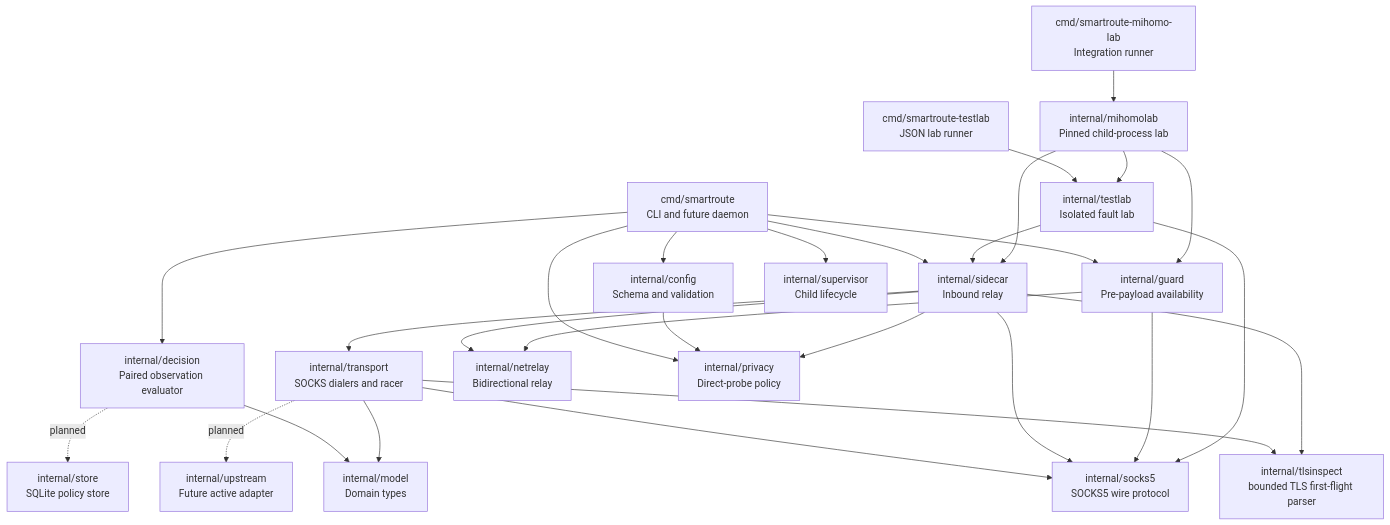
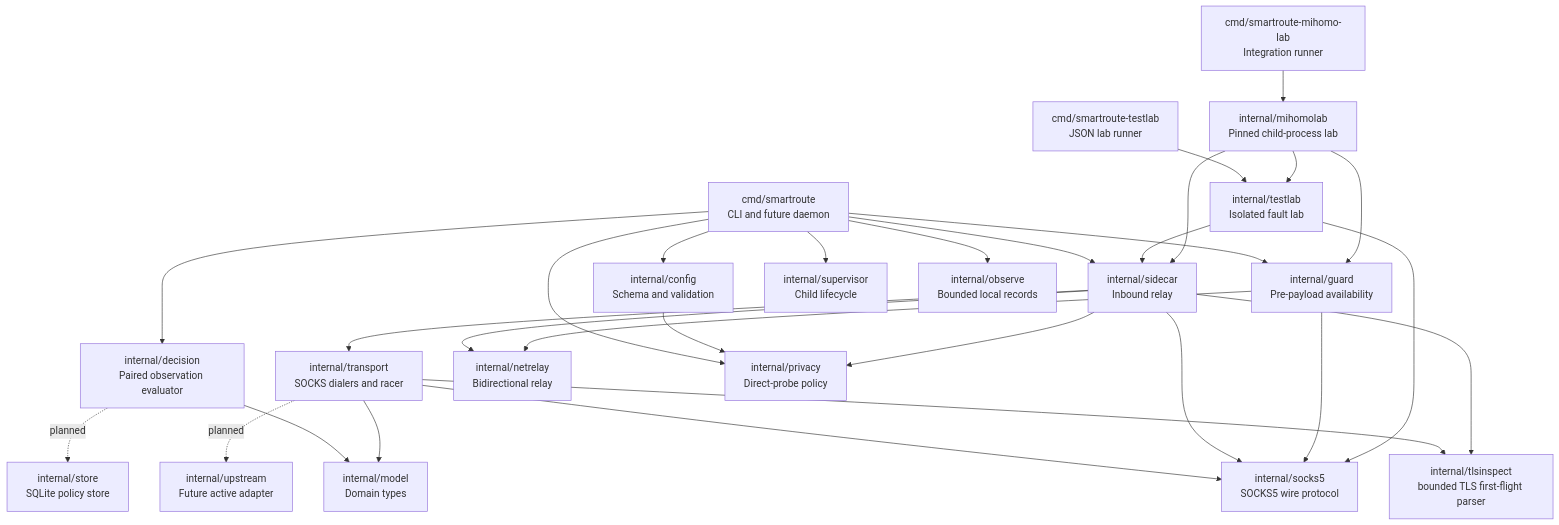
Before and after one commit to firfisa/smartroute: the diagram in docs/04-component-catalog.md, drawn with Mermaid. The commit also changed other lines of this file and 17 other files, not shown here.

Commit message:
feat(observe): add bounded local recorder

````diff
--- a/docs/04-component-catalog.md
+++ b/docs/04-component-catalog.md
@@ -10,49 +10,51 @@
 ```mermaid
 flowchart TB
     CLI["cmd/smartroute\nCLI and future daemon"]
     Config["internal/config\nSchema and validation"]
     Model["internal/model\nDomain types"]
     Decision["internal/decision\nPaired observation evaluator"]
     SOCKS["internal/socks5\nSOCKS5 wire protocol"]
     Transport["internal/transport\nSOCKS dialers and racer"]
     TLSInspect["internal/tlsinspect\nbounded TLS first-flight parser"]
     Sidecar["internal/sidecar\nInbound relay"]
     Guard["internal/guard\nPre-payload availability"]
     NetRelay["internal/netrelay\nBidirectional relay"]
     Privacy["internal/privacy\nDirect-probe policy"]
     Supervisor["internal/supervisor\nChild lifecycle"]
+    Observe["internal/observe\nBounded local records"]
     TestLab["internal/testlab\nIsolated fault lab"]
     LabCLI["cmd/smartroute-testlab\nJSON lab runner"]
     MihomoLab["internal/mihomolab\nPinned child-process lab"]
     MihomoLabCLI["cmd/smartroute-mihomo-lab\nIntegration runner"]
     Mihomo["internal/upstream\nFuture active adapter"]
     Store["internal/store\nSQLite policy store"]
 
     CLI --> Config
     CLI --> Decision
     CLI --> Sidecar
     CLI --> Guard
     CLI --> Privacy
     CLI --> Supervisor
+    CLI --> Observe
     Config --> Privacy
     Decision --> Model
     Transport --> Model
     Transport --> SOCKS
     Transport --> TLSInspect
     Sidecar --> TLSInspect
     Sidecar --> SOCKS
     Sidecar --> Transport
     Sidecar --> NetRelay
     Sidecar --> Privacy
     Guard --> SOCKS
     Guard --> NetRelay
     TestLab --> Sidecar
     TestLab --> SOCKS
     LabCLI --> TestLab
     MihomoLabCLI --> MihomoLab
     MihomoLab --> Sidecar
     MihomoLab --> Guard
     MihomoLab --> TestLab
     Transport -. "planned" .-> Mihomo
     Decision -. "planned" .-> Store
 ```
````
